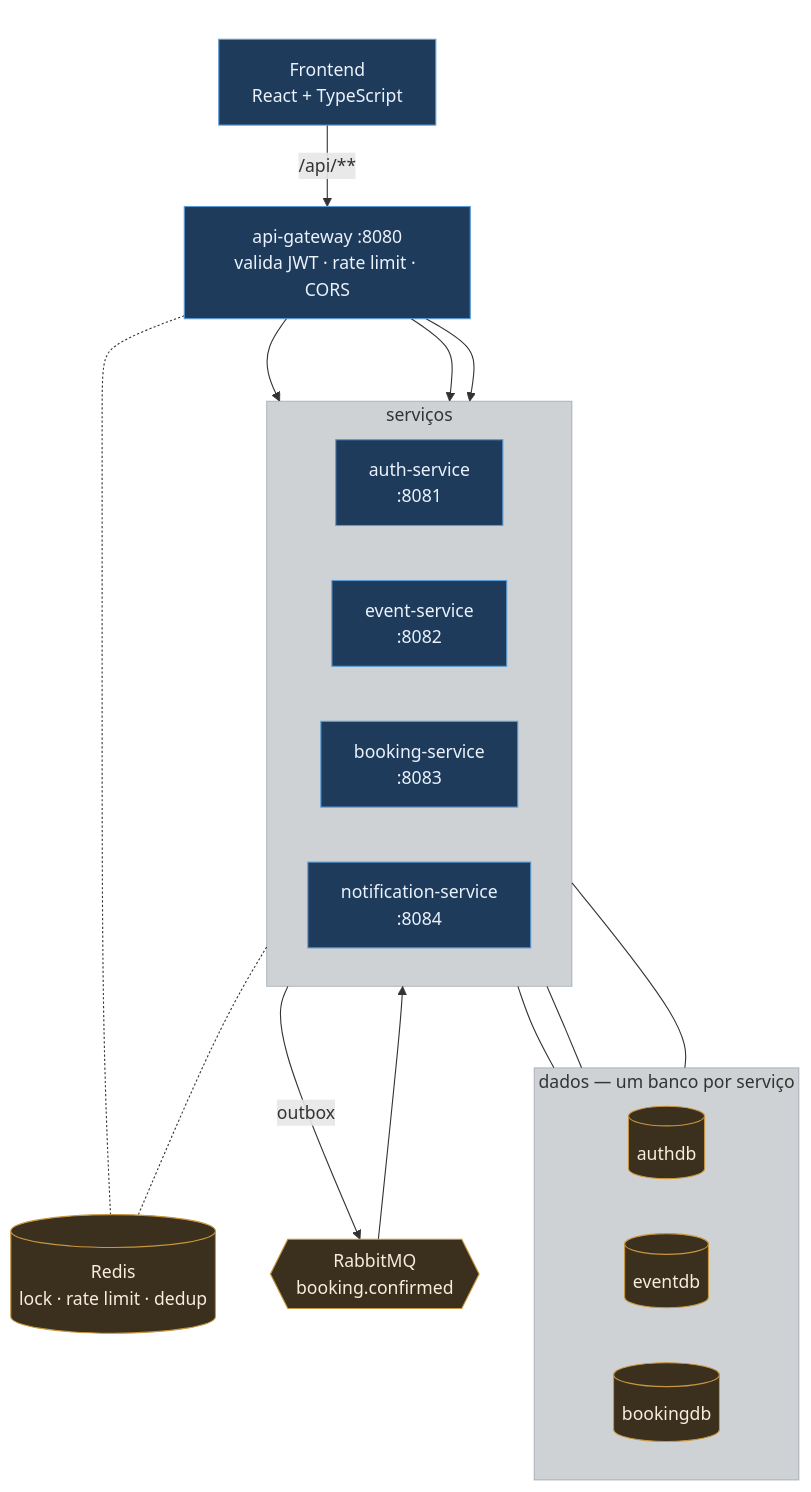
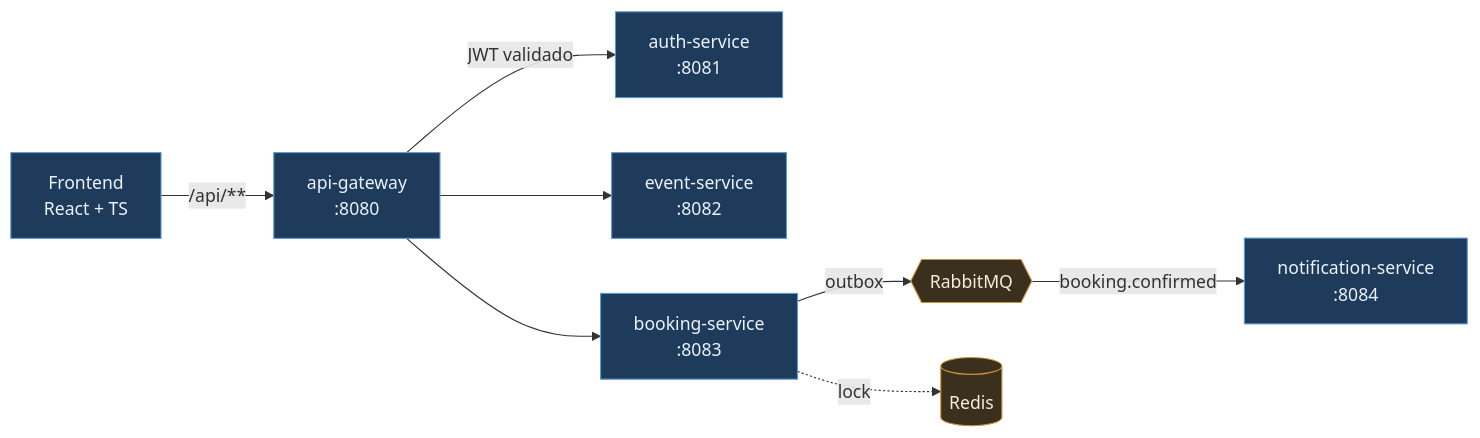
The diagram in README.md (devBandeiraa/ticket-platform), drawn with Mermaid before and after one commit. The commit also changed other lines of this file, not shown here.

Commit message:
docs: simplifica o diagrama para o caminho da requisicao
Com os tres bancos no desenho, o layout automatico do Mermaid empilhava
os nos e cruzava as arestas. O diagrama passa a mostrar so o fluxo — da
borda ao consumidor da fila — e a tabela logo abaixo continua listando
banco e porta de cada servico.

````diff
--- a/README.md
+++ b/README.md
@@ -157,50 +157,24 @@
 ```mermaid
-flowchart TB
-    F["Frontend<br/>React + TypeScript"]
-    G["api-gateway :8080<br/>valida JWT · rate limit · CORS"]
+flowchart LR
+    F["Frontend<br/>React + TS"]
+    G["api-gateway<br/>:8080"]
+    A["auth-service<br/>:8081"]
+    E["event-service<br/>:8082"]
+    B["booking-service<br/>:8083"]
+    Q{{"RabbitMQ"}}
+    N["notification-service<br/>:8084"]
+    R[("Redis")]
 
-    subgraph borda [" "]
-        F -->|"/api/**"| G
-    end
-
-    subgraph servicos ["serviços"]
-        direction LR
-        A["auth-service<br/>:8081"]
-        E["event-service<br/>:8082"]
-        B["booking-service<br/>:8083"]
-        N["notification-service<br/>:8084"]
-    end
-
-    subgraph dados ["dados — um banco por serviço"]
-        direction LR
-        ADB[("authdb")]
-        EDB[("eventdb")]
-        BDB[("bookingdb")]
-    end
-
-    R[("Redis<br/>lock · rate limit · dedup")]
-    Q{{"RabbitMQ<br/>booking.confirmed"}}
-
-    G --> A
+    F -->|"/api/**"| G
+    G -->|JWT validado| A
     G --> E
     G --> B
-
-    A --- ADB
-    E --- EDB
-    B --- BDB
-
     B -->|outbox| Q
-    Q --> N
-
-    G -.- R
-    B -.- R
+    Q -->|booking.confirmed| N
+    B -.->|lock| R
 
     classDef svc fill:#1f3b5c,stroke:#5b9bd5,color:#eaf2fb
-    classDef db fill:#3b2f1e,stroke:#c8963e,color:#f7eddb
+    classDef infra fill:#3b2f1e,stroke:#c8963e,color:#f7eddb
     class F,G,A,E,B,N svc
-    class ADB,EDB,BDB,R,Q db
-
-    style borda fill:none,stroke:none
-    style servicos fill:#12203033,stroke:#33445544
-    style dados fill:#12203033,stroke:#33445544
+    class Q,R infra
 ```
````
